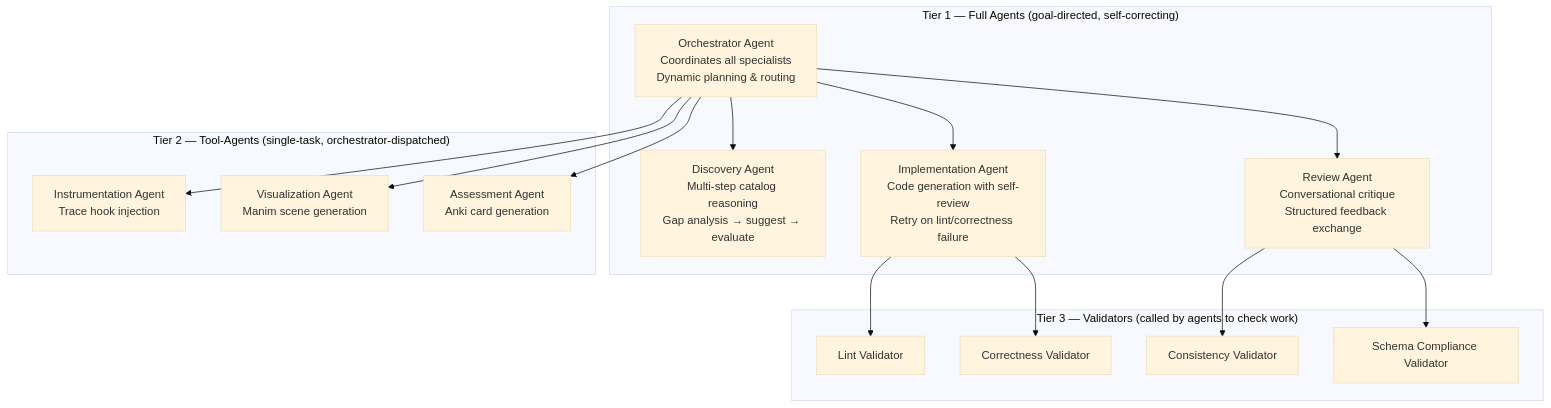
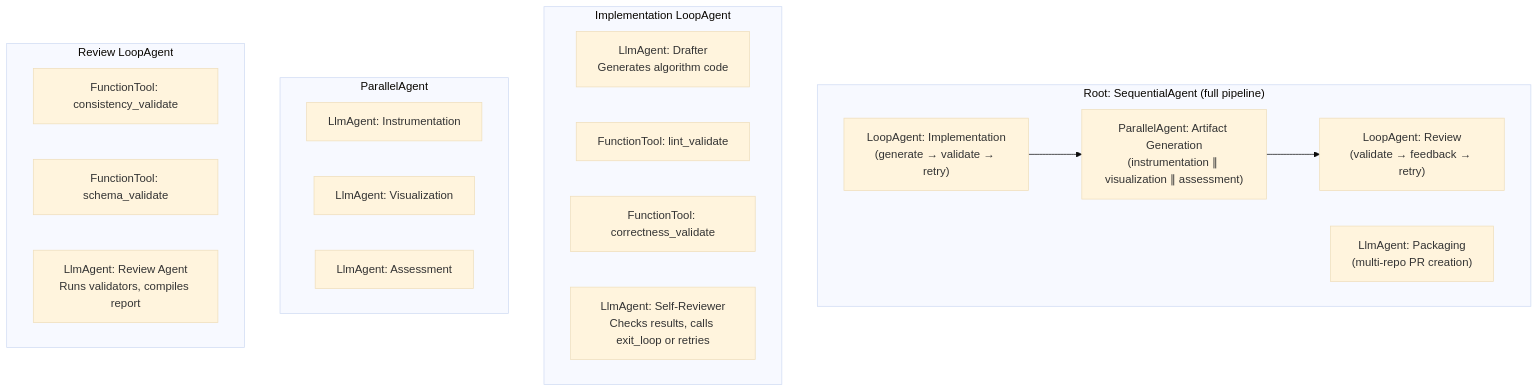
The first of 7 diagrams in docs/system-design.md (no-magic-ai/apprentice), drawn with Mermaid (base theme) before and after one commit. The commit also changed other lines of this file, not shown here.

````diff
--- a/docs/system-design.md
+++ b/docs/system-design.md
@@ -52,34 +133,30 @@
 ```mermaid
 graph TB
-    subgraph "Tier 1 — Full Agents (goal-directed, self-correcting)"
-        Orchestrator[Orchestrator Agent<br/>Coordinates all specialists<br/>Dynamic planning & routing]
-        Discovery[Discovery Agent<br/>Multi-step catalog reasoning<br/>Gap analysis → suggest → evaluate]
-        Implementation[Implementation Agent<br/>Code generation with self-review<br/>Retry on lint/correctness failure]
-        Review[Review Agent<br/>Conversational critique<br/>Structured feedback exchange]
+    subgraph "Root: SequentialAgent (full pipeline)"
+        ImplLoop["LoopAgent: Implementation<br/>(generate → validate → retry)"]
+        Parallel["ParallelAgent: Artifact Generation<br/>(instrumentation ∥ visualization ∥ assessment)"]
+        ReviewLoop["LoopAgent: Review<br/>(validate → feedback → retry)"]
+        Packaging["LlmAgent: Packaging<br/>(multi-repo PR creation)"]
     end
 
-    subgraph "Tier 2 — Tool-Agents (single-task, orchestrator-dispatched)"
-        Instrumentation[Instrumentation Agent<br/>Trace hook injection]
-        Visualization[Visualization Agent<br/>Manim scene generation]
-        Assessment[Assessment Agent<br/>Anki card generation]
+    subgraph "Implementation LoopAgent"
+        Drafter[LlmAgent: Drafter<br/>Generates algorithm code]
+        LintTool[FunctionTool: lint_validate]
+        CorrectTool[FunctionTool: correctness_validate]
+        Reviewer1[LlmAgent: Self-Reviewer<br/>Checks results, calls exit_loop or retries]
     end
 
-    subgraph "Tier 3 — Validators (called by agents to check work)"
-        Lint[Lint Validator]
-        Correctness[Correctness Validator]
-        Consistency[Consistency Validator]
-        Schema[Schema Compliance Validator]
+    subgraph "ParallelAgent"
+        InstrAgent[LlmAgent: Instrumentation]
+        VizAgent[LlmAgent: Visualization]
+        AssessAgent[LlmAgent: Assessment]
     end
 
-    Orchestrator --> Discovery
-    Orchestrator --> Implementation
-    Orchestrator --> Instrumentation
-    Orchestrator --> Visualization
-    Orchestrator --> Assessment
-    Orchestrator --> Review
+    subgraph "Review LoopAgent"
+        ConsistTool[FunctionTool: consistency_validate]
+        SchemaTool[FunctionTool: schema_validate]
+        ReviewAgent[LlmAgent: Review Agent<br/>Runs validators, compiles report]
+    end
 
-    Implementation --> Lint
-    Implementation --> Correctness
-    Review --> Consistency
-    Review --> Schema
+    ImplLoop --> Parallel --> ReviewLoop
 ```
````
